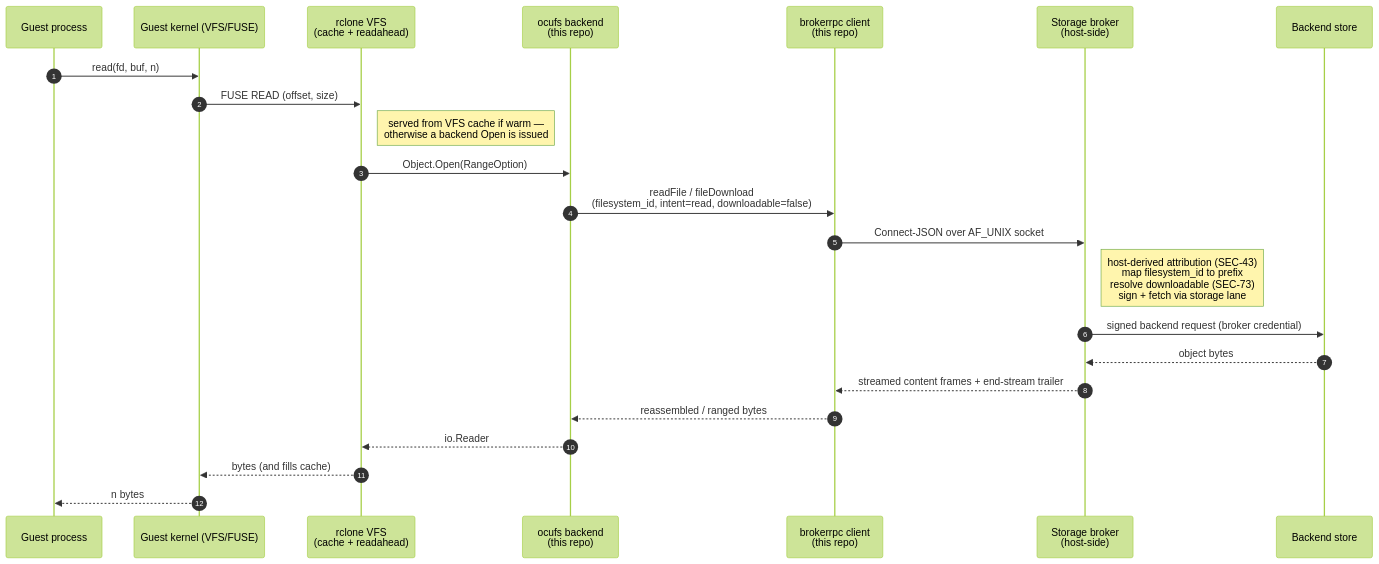
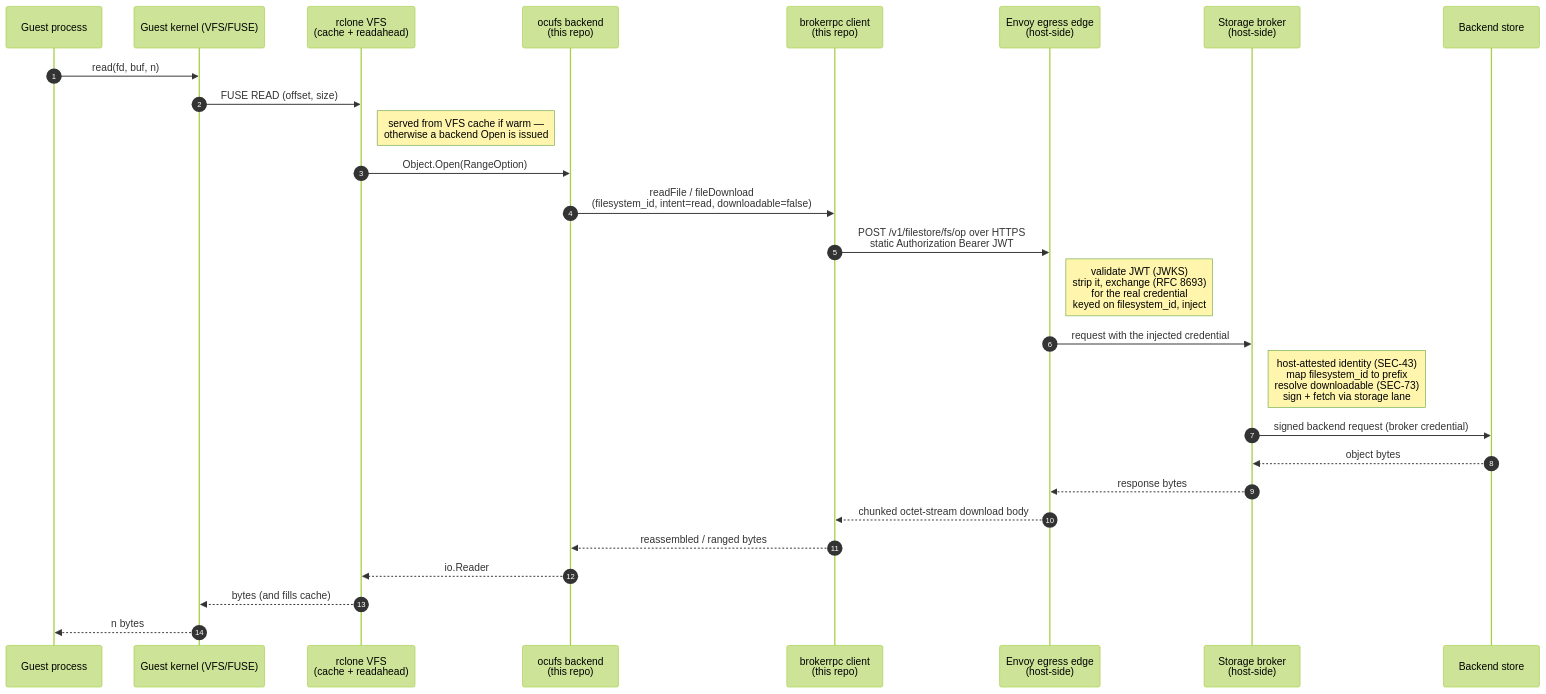
The third of 5 diagrams in docs/architecture.md (Wide-Moat/ocu-rclone-filestore), drawn with Mermaid (forest theme) before and after one commit. The commit also changed other lines of this file, not shown here.

First line of the commit message:
docs(G-01): rewrite architecture.md to the HTTPS/REST+JWT+Envoy model

````diff
--- a/docs/architecture.md
+++ b/docs/architecture.md
@@ -226,26 +249,30 @@
 ```mermaid
 sequenceDiagram
     autonumber
     participant P as Guest process
     participant K as Guest kernel (VFS/FUSE)
     participant V as rclone VFS<br/>(cache + readahead)
     participant O as ocufs backend<br/>(this repo)
     participant R as brokerrpc client<br/>(this repo)
+    participant E as Envoy egress edge<br/>(host-side)
     participant B as Storage broker<br/>(host-side)
     participant S as Backend store
 
     P->>K: read(fd, buf, n)
     K->>V: FUSE READ (offset, size)
     Note right of V: served from VFS cache if warm —<br/>otherwise a backend Open is issued
     V->>O: Object.Open(RangeOption)
     O->>R: readFile / fileDownload<br/>(filesystem_id, intent=read, downloadable=false)
-    R->>B: Connect-JSON over AF_UNIX socket
-    Note right of B: host-derived attribution (SEC-43)<br/>map filesystem_id to prefix<br/>resolve downloadable (SEC-73)<br/>sign + fetch via storage lane
+    R->>E: POST /v1/filestore/fs/op over HTTPS<br/>static Authorization Bearer JWT
+    Note right of E: validate JWT (JWKS)<br/>strip it, exchange (RFC 8693)<br/>for the real credential<br/>keyed on filesystem_id, inject
+    E->>B: request with the injected credential
+    Note right of B: host-attested identity (SEC-43)<br/>map filesystem_id to prefix<br/>resolve downloadable (SEC-73)<br/>sign + fetch via storage lane
     B->>S: signed backend request (broker credential)
     S-->>B: object bytes
-    B-->>R: streamed content frames + end-stream trailer
+    B-->>E: response bytes
+    E-->>R: chunked octet-stream download body
     R-->>O: reassembled / ranged bytes
     O-->>V: io.Reader
     V-->>K: bytes (and fills cache)
     K-->>P: n bytes
 ```
````
